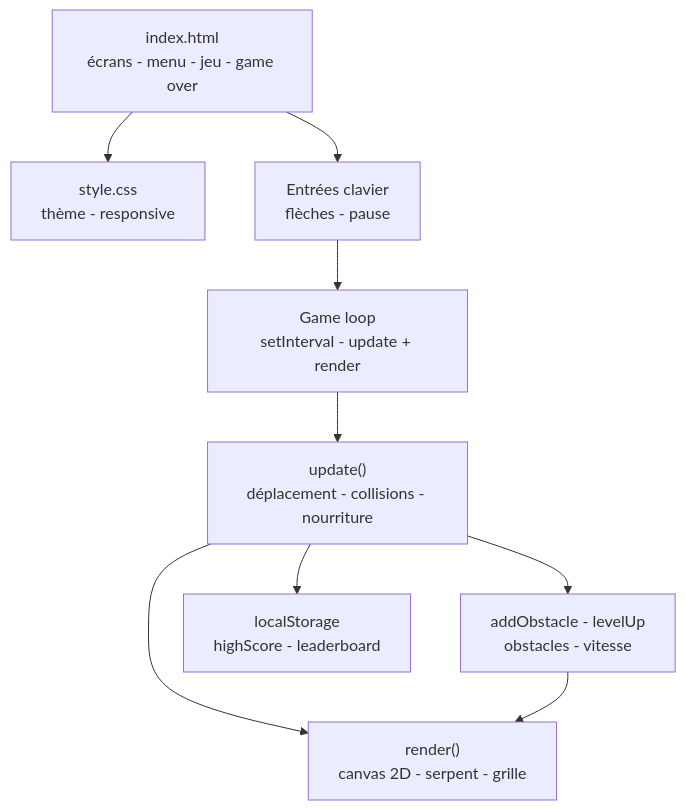
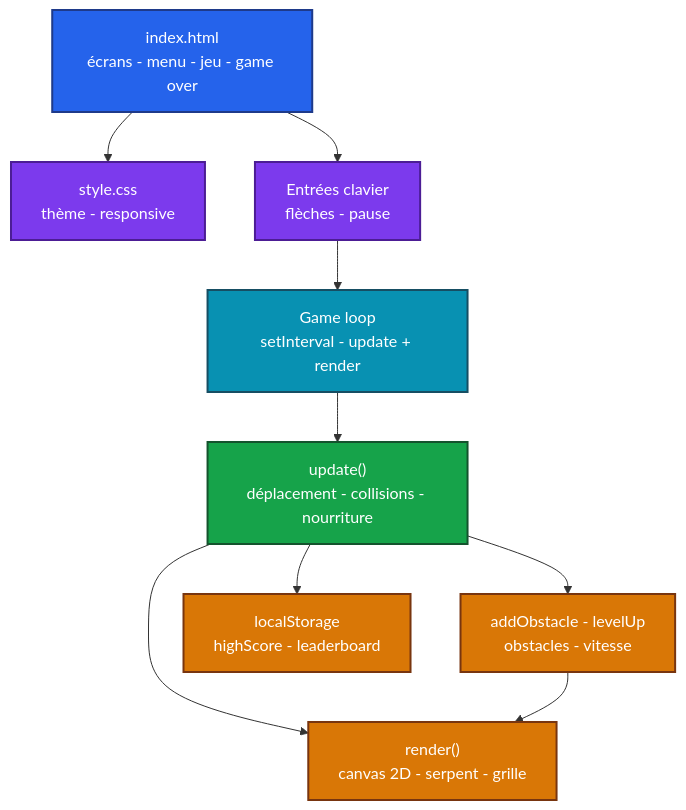
Before and after one commit to Adam-Blf/Snake-Game: the diagram in README.md, drawn with Mermaid.

Commit message:
docs: add colors to mermaid diagrams (#3)
Each node gets a palette class (by subgraph or by flow depth), subgraphs are tinted, non-flowchart diagrams use a colored base theme. Validated by rendering every diagram before and after.

````diff
--- a/README.md
+++ b/README.md
@@ -19,20 +19,31 @@
 ```mermaid
 flowchart TB
     HTML["index.html<br/>écrans - menu - jeu - game over"]
     CSS["style.css<br/>thème - responsive"]
     INPUT["Entrées clavier<br/>flèches - pause"]
     LOOP["Game loop<br/>setInterval - update + render"]
     UPDATE["update()<br/>déplacement - collisions - nourriture"]
     OBST["addObstacle - levelUp<br/>obstacles - vitesse"]
     RENDER["render()<br/>canvas 2D - serpent - grille"]
     STORE["localStorage<br/>highScore - leaderboard"]
 
     HTML --> CSS
     HTML --> INPUT
     INPUT --> LOOP
     LOOP --> UPDATE
     UPDATE --> OBST
     UPDATE --> RENDER
     UPDATE --> STORE
     OBST --> RENDER
+
+    classDef c0 fill:#2563eb,stroke:#1e3a8a,stroke-width:2px,color:#ffffff
+    classDef c1 fill:#7c3aed,stroke:#4c1d95,stroke-width:2px,color:#ffffff
+    classDef c2 fill:#0891b2,stroke:#164e63,stroke-width:2px,color:#ffffff
+    classDef c3 fill:#16a34a,stroke:#14532d,stroke-width:2px,color:#ffffff
+    classDef c4 fill:#d97706,stroke:#78350f,stroke-width:2px,color:#ffffff
+    class HTML c0
+    class CSS,INPUT c1
+    class LOOP c2
+    class UPDATE c3
+    class OBST,RENDER,STORE c4
 ```
````
